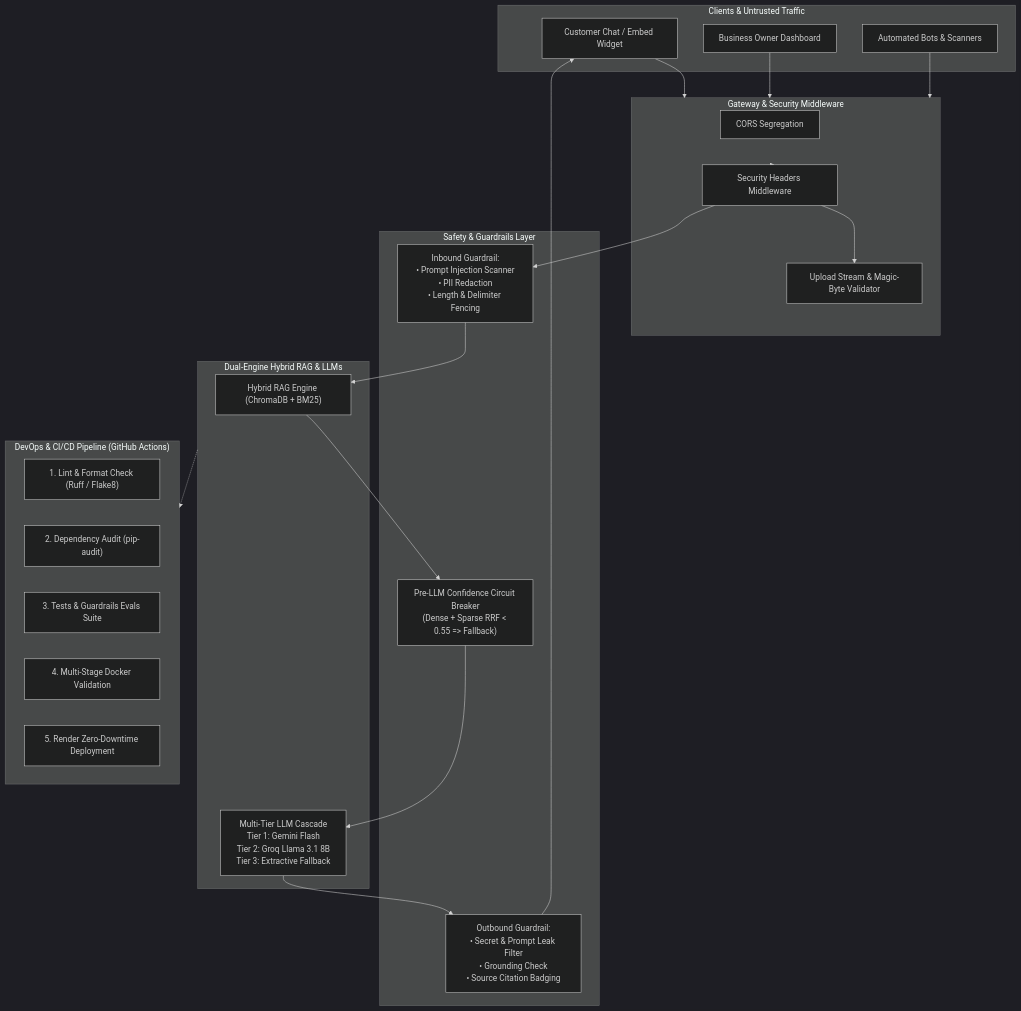
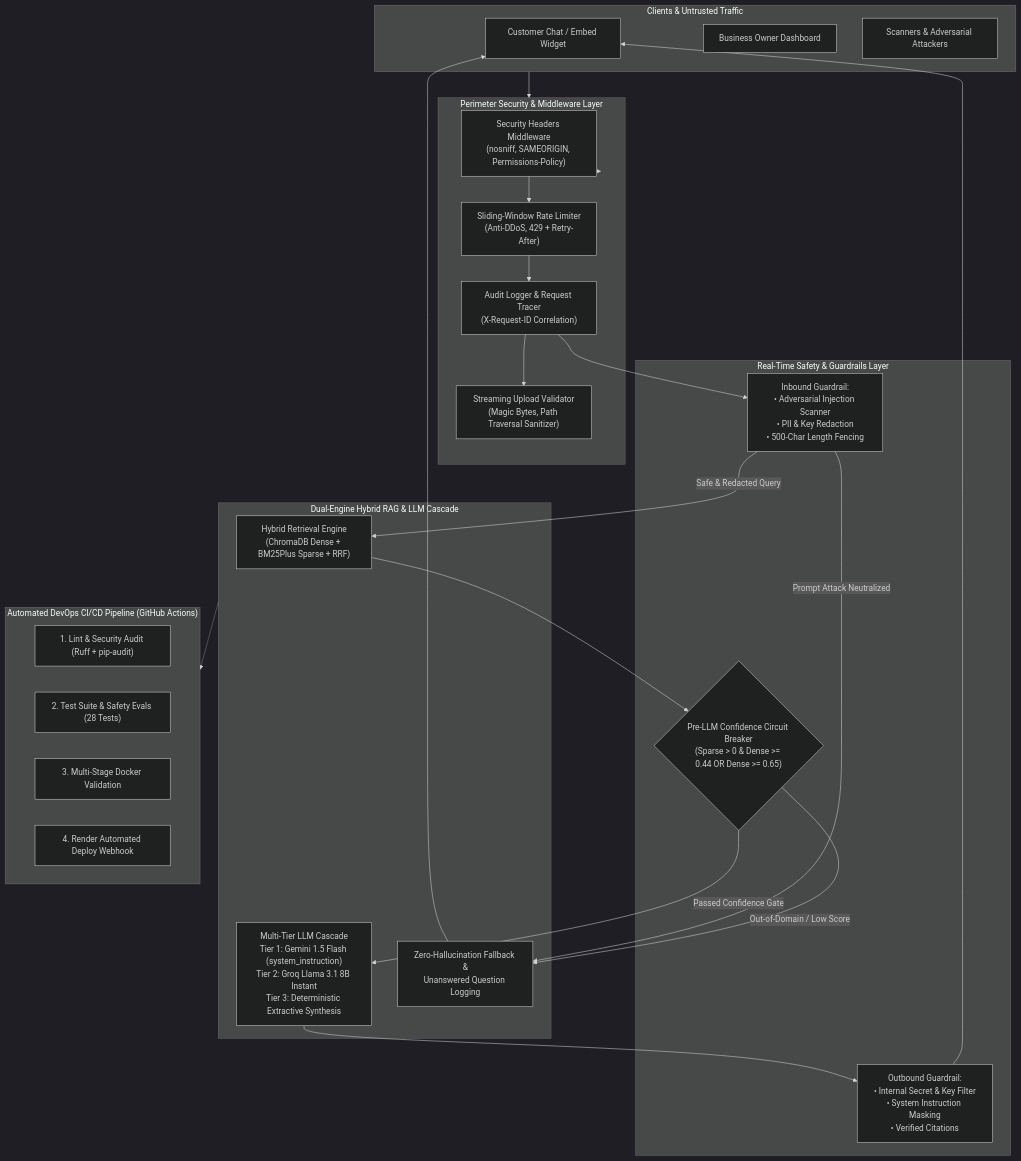
Before and after one commit to Nishant-aiml/Iveri---AI-customer-support-assistant-for-IDEVIFY: the first of 2 diagrams in DEVOPS_SECURITY_GUARDRAILS.md, drawn with Mermaid (dark theme). The commit also changed other lines of this file and 1 other file, not shown here.

Commit message:
docs: update comprehensive cybersecurity, guardrails, evals, and devops documentation

````diff
--- a/DEVOPS_SECURITY_GUARDRAILS.md
+++ b/DEVOPS_SECURITY_GUARDRAILS.md
@@ -9,49 +24,54 @@
 ```mermaid
 flowchart TD
     subgraph Clients["Clients & Untrusted Traffic"]
         Browser["Customer Chat / Embed Widget"]
         Owner["Business Owner Dashboard"]
-        Scanners["Automated Bots & Scanners"]
+        Bots["Scanners & Adversarial Attackers"]
     end
 
-    subgraph Gateway["Gateway & Security Middleware"]
-        CORS["CORS Segregation"]
-        SecHeaders["Security Headers Middleware"]
-        UploadVal["Upload Stream & Magic-Byte Validator"]
+    subgraph Gateway["Perimeter Security & Middleware Layer"]
+        SecHeaders["Security Headers Middleware<br/>(nosniff, SAMEORIGIN, Permissions-Policy)"]
+        RateLimiter["Sliding-Window Rate Limiter<br/>(Anti-DDoS, 429 + Retry-After)"]
+        AuditLog["Audit Logger & Request Tracer<br/>(X-Request-ID Correlation)"]
+        UploadVal["Streaming Upload Validator<br/>(Magic Bytes, Path Traversal Sanitizer)"]
     end
 
-    subgraph Pipeline["Safety & Guardrails Layer"]
-        InboundGuard["Inbound Guardrail:<br/>• Prompt Injection Scanner<br/>• PII Redaction<br/>• Length & Delimiter Fencing"]
-        CircuitBreaker["Pre-LLM Confidence Circuit Breaker<br/>(Dense + Sparse RRF &lt; 0.55 =&gt; Fallback)"]
-        OutboundGuard["Outbound Guardrail:<br/>• Secret & Prompt Leak Filter<br/>• Grounding Check<br/>• Source Citation Badging"]
+    subgraph Guardrails["Real-Time Safety & Guardrails Layer"]
+        InboundGuard["Inbound Guardrail:<br/>• Adversarial Injection Scanner<br/>• PII & Key Redaction<br/>• 500-Char Length Fencing"]
+        CircuitBreaker{"Pre-LLM Confidence Circuit Breaker<br/>(Sparse > 0 & Dense >= 0.44 OR Dense >= 0.65)"}
+        OutboundGuard["Outbound Guardrail:<br/>• Internal Secret & Key Filter<br/>• System Instruction Masking<br/>• Verified Citations"]
     end
 
-    subgraph CoreEngine["Dual-Engine Hybrid RAG & LLMs"]
-        RAG["Hybrid RAG Engine (ChromaDB + BM25)"]
-        Cascade["Multi-Tier LLM Cascade<br/>Tier 1: Gemini Flash<br/>Tier 2: Groq Llama 3.1 8B<br/>Tier 3: Extractive Fallback"]
+    subgraph CoreEngine["Dual-Engine Hybrid RAG & LLM Cascade"]
+        RAG["Hybrid Retrieval Engine<br/>(ChromaDB Dense + BM25Plus Sparse + RRF)"]
+        LLM["Multi-Tier LLM Cascade<br/>Tier 1: Gemini 1.5 Flash (system_instruction)<br/>Tier 2: Groq Llama 3.1 8B Instant<br/>Tier 3: Deterministic Extractive Synthesis"]
+        Fallback["Zero-Hallucination Fallback &<br/>Unanswered Question Logging"]
     end
 
-    subgraph DevOps["DevOps & CI/CD Pipeline (GitHub Actions)"]
-        Lint["1. Lint & Format Check (Ruff / Flake8)"]
-        SecAudit["2. Dependency Audit (pip-audit)"]
-        TestEvals["3. Tests & Guardrails Evals Suite"]
-        DockerBuild["4. Multi-Stage Docker Validation"]
-        Deploy["5. Render Zero-Downtime Deployment"]
+    subgraph DevOps["Automated DevOps CI/CD Pipeline (GitHub Actions)"]
+        Job1["1. Lint & Security Audit (Ruff + pip-audit)"]
+        Job2["2. Test Suite & Safety Evals (28 Tests)"]
+        Job3["3. Multi-Stage Docker Validation"]
+        Job4["4. Render Automated Deploy Webhook"]
     end
 
-    Browser --> Gateway
-    Owner --> Gateway
-    Scanners --> Gateway
+    Clients --> Gateway
+    Gateway --> SecHeaders
+    SecHeaders --> RateLimiter
+    RateLimiter --> AuditLog
+    AuditLog --> InboundGuard
+    AuditLog --> UploadVal
 
-    Gateway --> SecHeaders
-    SecHeaders --> UploadVal
-    SecHeaders --> InboundGuard
+    InboundGuard -->|Prompt Attack Neutralized| Fallback
+    InboundGuard -->|Safe & Redacted Query| RAG
+    RAG --> CircuitBreaker
 
-    InboundGuard --> RAG
-    RAG --> CircuitBreaker
-    CircuitBreaker --> Cascade
-    Cascade --> OutboundGuard
+    CircuitBreaker -->|Passed Confidence Gate| LLM
+    CircuitBreaker -->|Out-of-Domain / Low Score| Fallback
+
+    LLM --> OutboundGuard
     OutboundGuard --> Browser
+    Fallback --> Browser
 
     CoreEngine -.-> DevOps
 ```
````
